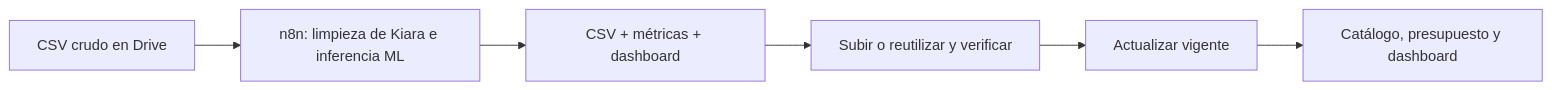
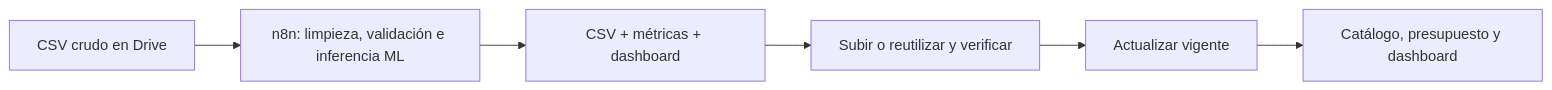
Before and after one commit to Tomas-Gonzalez01/TACCtico: the diagram in README.md, drawn with Mermaid. The commit also changed other lines of this file, not shown here.

````diff
--- a/README.md
+++ b/README.md
@@ -110,8 +110,8 @@
 ```mermaid
 flowchart LR
-    A[CSV crudo en Drive] --> B[n8n: limpieza de Kiara e inferencia ML]
+    A[CSV crudo en Drive] --> B[n8n: limpieza, validación e inferencia ML]
     B --> C[CSV + métricas + dashboard]
     C --> D[Subir o reutilizar y verificar]
     D --> E[Actualizar vigente]
     E --> F[Catálogo, presupuesto y dashboard]
 ```
````
